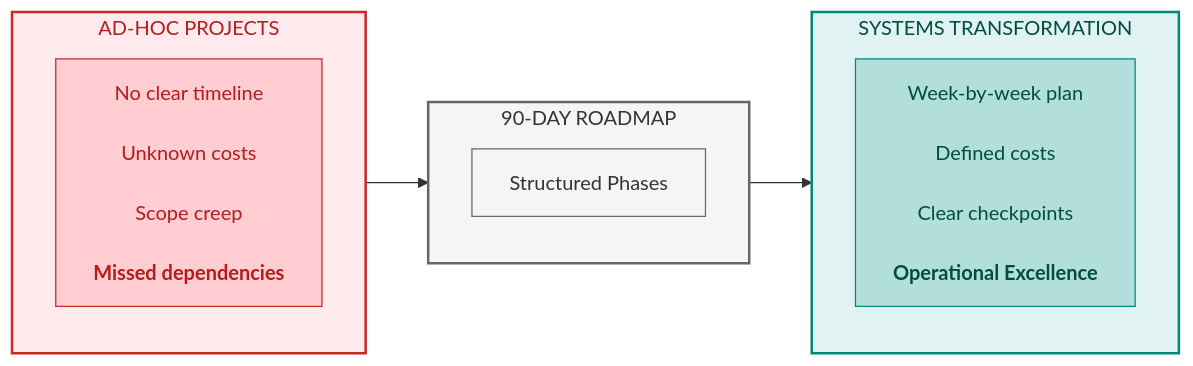
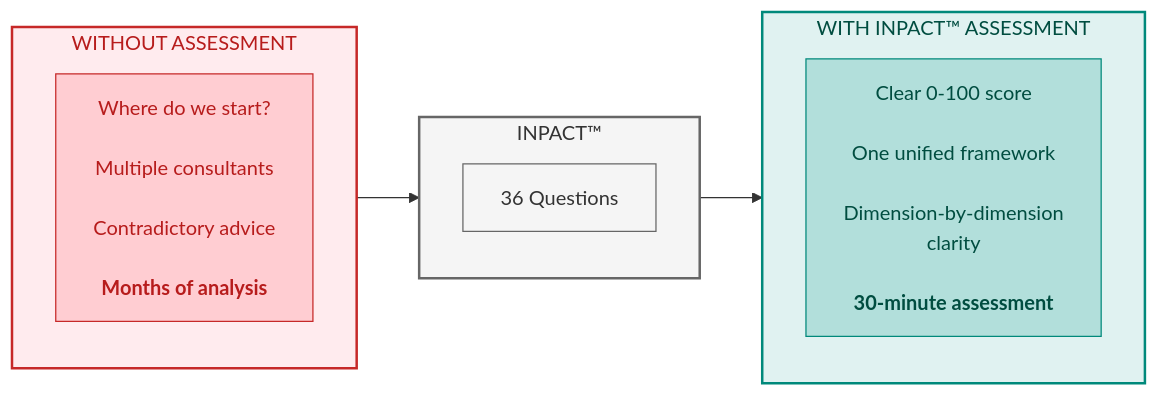
One commit to saitejesh-cyber/trust-before-intelligence-book changed the first of 6 diagrams in manuscript/11_chapter_10_week_by_week_implementation.md. Above: the diagram before and after it, drawn with Mermaid. The commit also changed other lines of this file and 2 other files, not shown here.

````diff
--- a/manuscript/11_chapter_10_week_by_week_implementation.md
+++ b/manuscript/11_chapter_10_week_by_week_implementation.md
@@ -29,28 +33,28 @@
 ```mermaid
 
 graph LR
-    subgraph BEFORE["AD-HOC PROJECTS"]
+    subgraph BEFORE["WITHOUT ASSESSMENT"]
         direction TB
-        B1["No clear timeline<br/><br/>Unknown costs<br/><br/>Scope creep<br/><br/><b>Missed dependencies</b>"]
+        B1["Where do we start?<br/><br/>Multiple consultants<br/><br/>Contradictory advice<br/><br/><b>Months of analysis</b>"]
     end
     
-    subgraph TRANSFORM["90-DAY ROADMAP"]
+    subgraph TRANSFORM["INPACT™"]
         direction TB
-        T1["Structured Phases"]
+        T1["36 Questions"]
     end
-
-    subgraph AFTER["SYSTEMS TRANSFORMATION"]
+    
+    subgraph AFTER["WITH INPACT™ ASSESSMENT"]
         direction TB
-        A1["Week-by-week plan<br/><br/>Defined costs<br/><br/>Clear checkpoints<br/><br/><b>Operational Excellence</b>"]
+        A1["Clear 0-100 score<br/><br/>One unified framework<br/><br/>Dimension-by-dimension<br/>clarity<br/><br/><b>30-minute assessment</b>"]
     end
     
     BEFORE --> TRANSFORM --> AFTER
     
     style BEFORE fill:#ffebee,stroke:#c62828,stroke-width:2px,color:#b71c1c
     style TRANSFORM fill:#f5f5f5,stroke:#666666,stroke-width:2px,color:#333333
     style AFTER fill:#e0f2f1,stroke:#00897b,stroke-width:2px,color:#004d40
     style B1 fill:#ffcdd2,stroke:#c62828,color:#b71c1c
     style T1 fill:#f5f5f5,stroke:#666666,color:#333333
     style A1 fill:#b2dfdb,stroke:#00897b,color:#004d40
 
 ```
````
